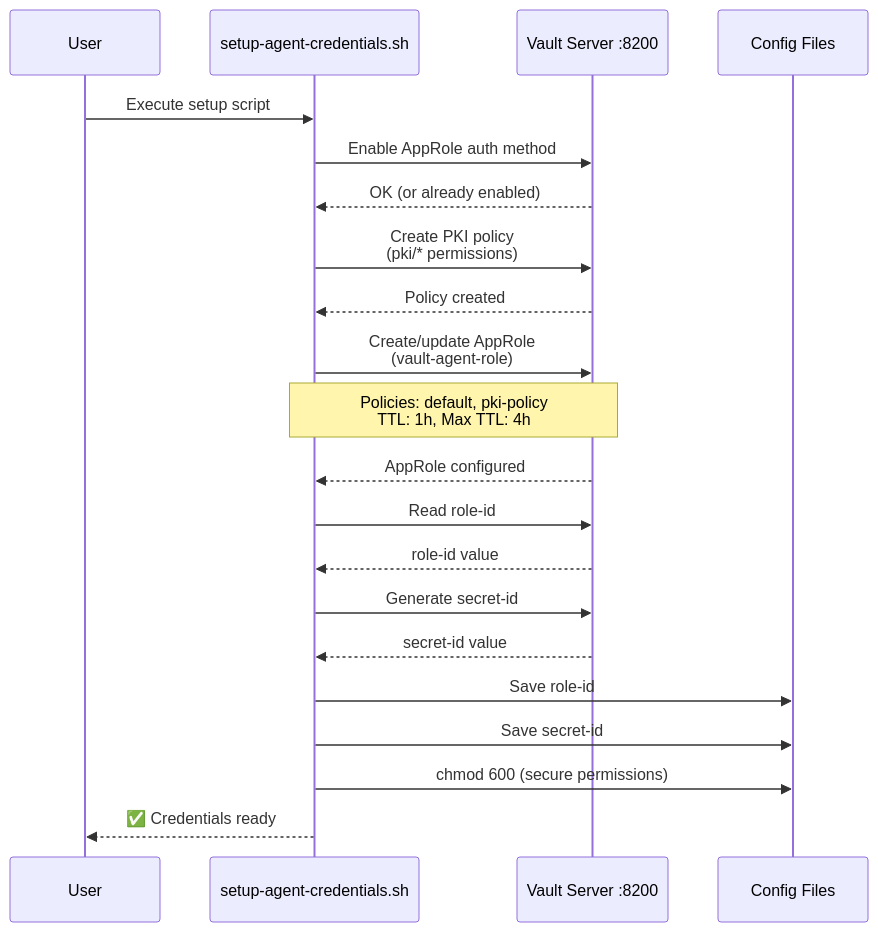
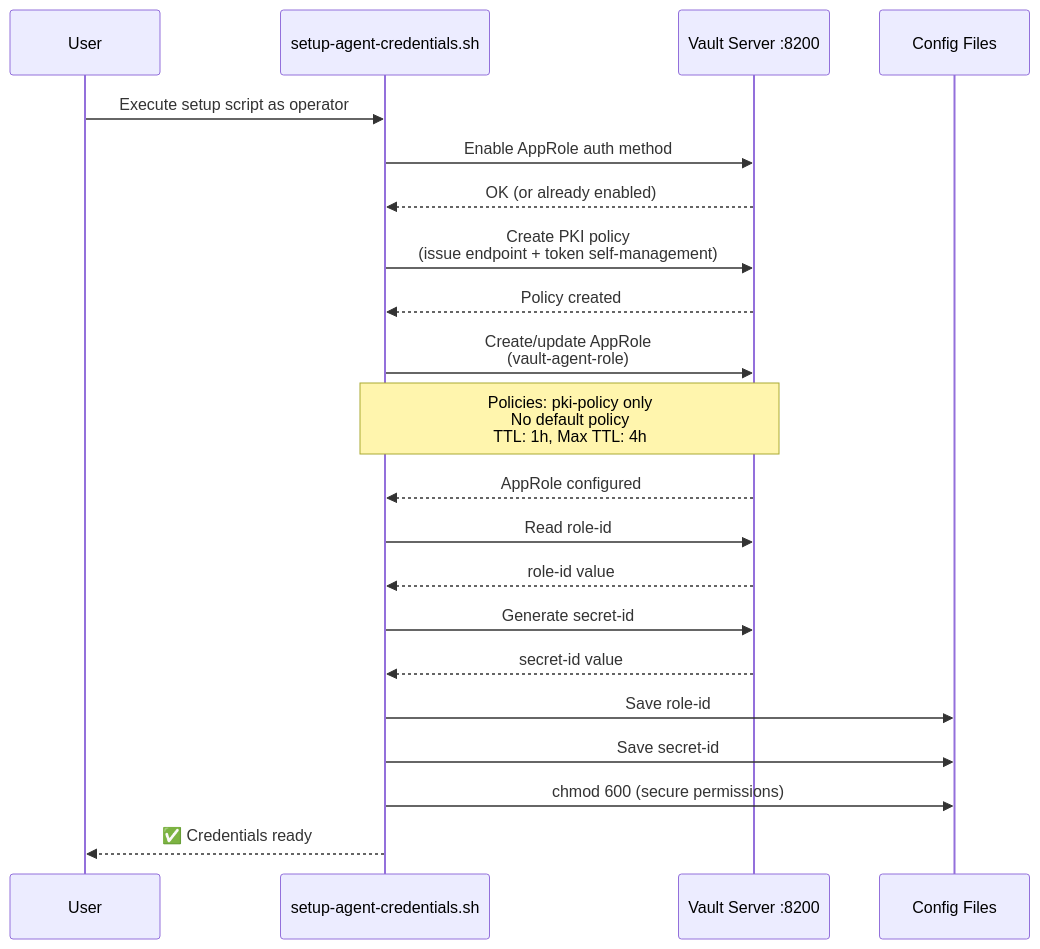
One commit to songlining/pki changed the third of 12 diagrams in agent-demo-diagrams.md. Above: the diagram before and after it, drawn with Mermaid. The commit also changed other lines of this file and 9 other files, not shown here.

````diff
--- a/agent-demo-diagrams.md
+++ b/agent-demo-diagrams.md
@@ -101,30 +106,30 @@
 ```mermaid
 sequenceDiagram
     participant User
     participant Script as setup-agent-credentials.sh
     participant Vault as Vault Server :8200
     participant Files as Config Files
     
-    User->>Script: Execute setup script
+    User->>Script: Execute setup script as operator
     Script->>Vault: Enable AppRole auth method
     Vault-->>Script: OK (or already enabled)
     
-    Script->>Vault: Create PKI policy<br/>(pki/* permissions)
+    Script->>Vault: Create PKI policy<br/>(issue endpoint + token self-management)
     Vault-->>Script: Policy created
     
     Script->>Vault: Create/update AppRole<br/>(vault-agent-role)
-    Note over Script,Vault: Policies: default, pki-policy<br/>TTL: 1h, Max TTL: 4h
+    Note over Script,Vault: Policies: pki-policy only<br/>No default policy<br/>TTL: 1h, Max TTL: 4h
     Vault-->>Script: AppRole configured
     
     Script->>Vault: Read role-id
     Vault-->>Script: role-id value
     
     Script->>Vault: Generate secret-id
     Vault-->>Script: secret-id value
     
     Script->>Files: Save role-id
     Script->>Files: Save secret-id
     Script->>Files: chmod 600 (secure permissions)
     
     Script-->>User: ✅ Credentials ready
 ```
````
